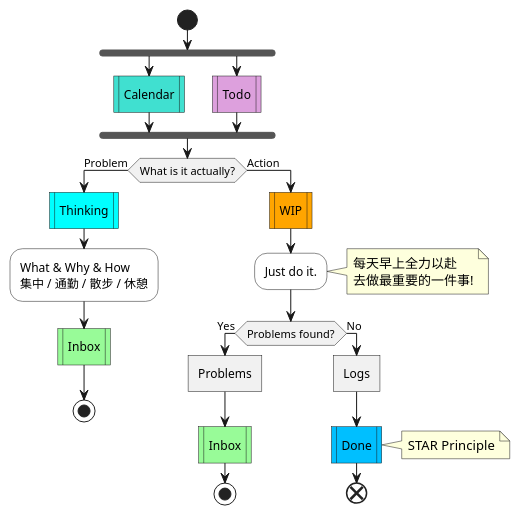
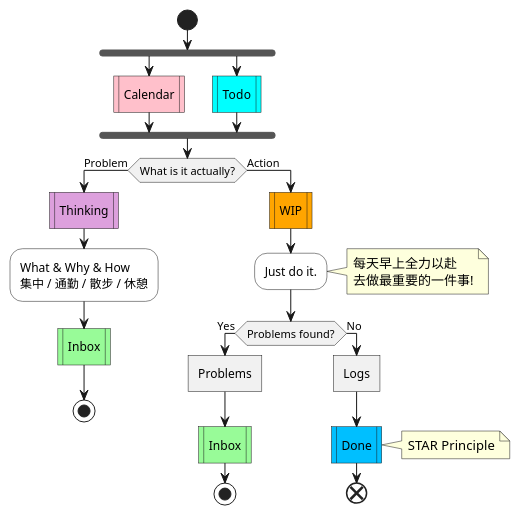
The sixth of 9 diagrams in snips/principles/gtd.md (IceHe/icehe-lib), drawn with PlantUML before and after one commit. The commit also changed other lines of this file and 1 other file, not shown here.

````diff
--- a/snips/principles/gtd.md
+++ b/snips/principles/gtd.md
@@ -195,31 +195,31 @@
 ```plantuml
 @startuml
 start
 fork
-    #turquoise:Calendar|
+    #pink:Calendar|
 fork again
-    #plum:Todo|
+    #aqua:Todo|
 end fork
 if (What is it actually?) then (Problem)
-    #aqua:Thinking|
+    #plum:Thinking|
     #white:What & Why & How\n集中 / 通勤 / 散步 / 休憩;
     'note right : What & Why & How
     #paleGreen:Inbox|
     stop
 else (Action)
     #orange:WIP|
     #white:Just do it.;
     note right : 每天早上全力以赴\n去做最重要的一件事!
     if (Problems found?) then (Yes)
         :Problems]
         #paleGreen:Inbox|
         stop
     else (No)
         :Logs]
         #deepSkyBlue:Done|
         note right : STAR Principle
         end
     endif
 endif
 @enduml
 ```
````
